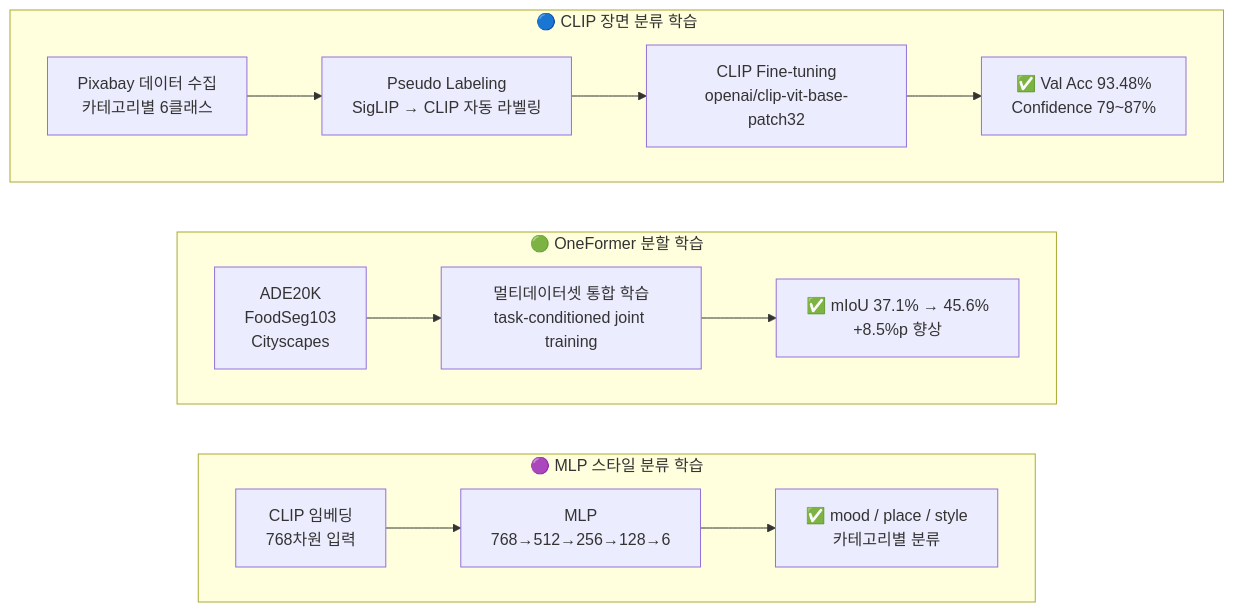
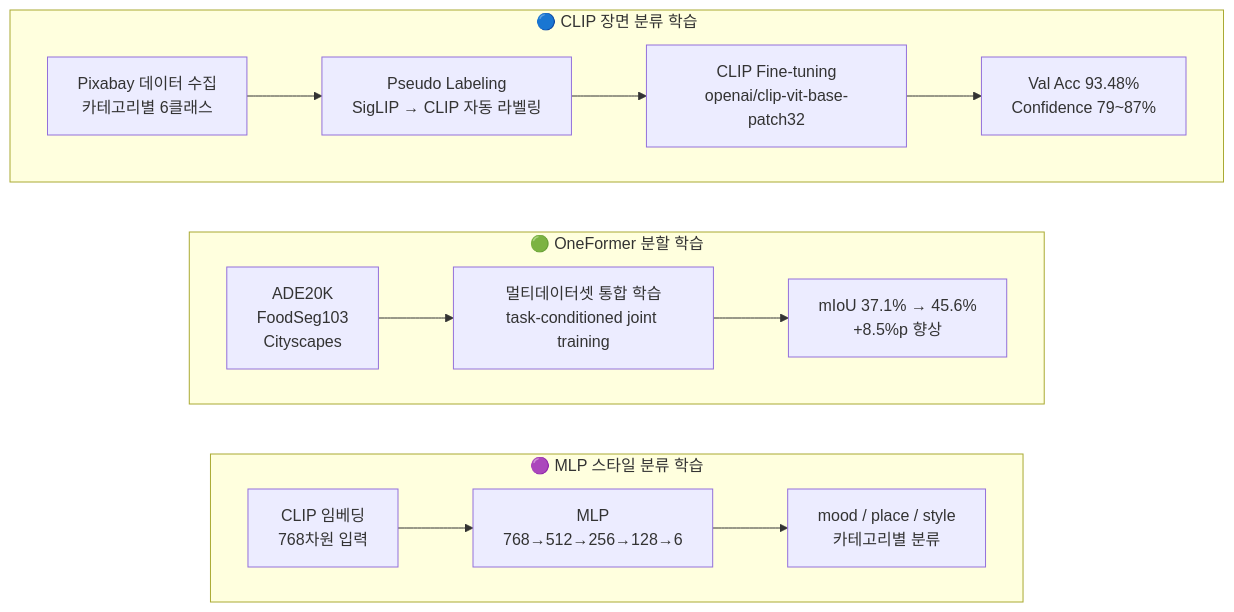
One commit to ysnni2/PhotoTrip changed the second of 2 diagrams in README.md. Above: the diagram before and after it, drawn with Mermaid. The commit also changed other lines of this file, not shown here.

````diff
--- a/README.md
+++ b/README.md
@@ -114,17 +114,17 @@
 ```mermaid
 flowchart TD
     subgraph CLIP["🔵 CLIP 장면 분류 학습"]
         A1[Pixabay 데이터 수집\n카테고리별 6클래스] --> A2[Pseudo Labeling\nSigLIP → CLIP 자동 라벨링]
         A2 --> A3[CLIP Fine-tuning\nopenai/clip-vit-base-patch32]
-        A3 --> A4["✅ Val Acc 93.48%\nConfidence 79~87%"]
+        A3 --> A4["Val Acc 93.48%\nConfidence 79~87%"]
     end
     subgraph ONE["🟢 OneFormer 분할 학습"]
         B1[ADE20K\nFoodSeg103\nCityscapes] --> B2[멀티데이터셋 통합 학습\ntask-conditioned joint training]
-        B2 --> B3["✅ mIoU 37.1% → 45.6%\n+8.5%p 향상"]
+        B2 --> B3["mIoU 37.1% → 45.6%\n+8.5%p 향상"]
     end
     subgraph MLP["🟣 MLP 스타일 분류 학습"]
         C1[CLIP 임베딩\n768차원 입력] --> C2[MLP\n768→512→256→128→6]
-        C2 --> C3["✅ mood / place / style\n카테고리별 분류"]
+        C2 --> C3["mood / place / style\n카테고리별 분류"]
     end
     CLIP ~~~ ONE ~~~ MLP
 ```
````
